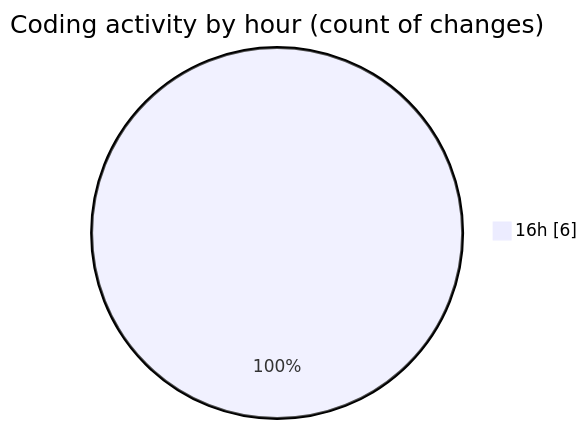
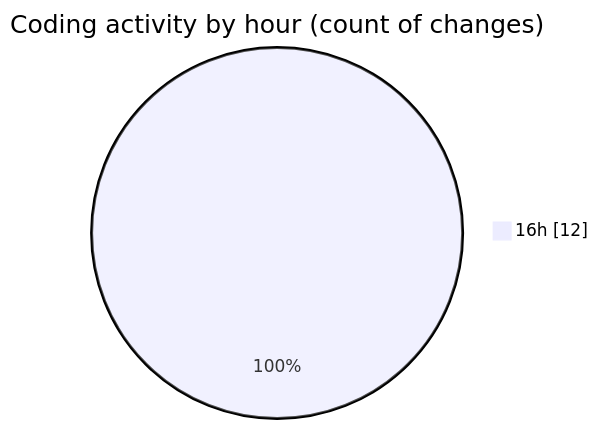
Before and after one commit to donsfak/code-tracking: the second of 2 diagrams in 2025-02-27/uber_clone/README.md, drawn with Mermaid. The commit also changed other lines of this file and 1 other file, not shown here.

````diff
--- a/2025-02-27/uber_clone/README.md
+++ b/2025-02-27/uber_clone/README.md
@@ -28,5 +28,5 @@
 ```mermaid
 pie showData
 title Coding activity by hour (count of changes)
-"16h" : 6
+"16h" : 12
 ```
````
